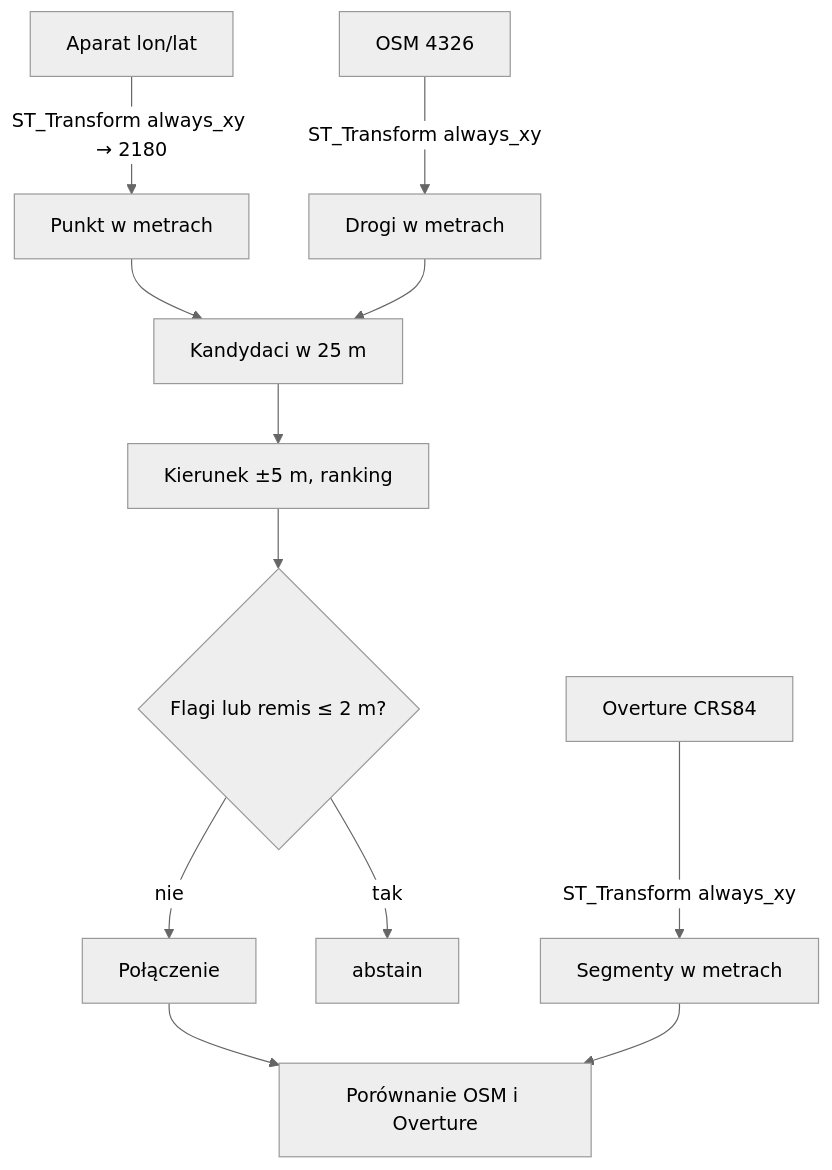
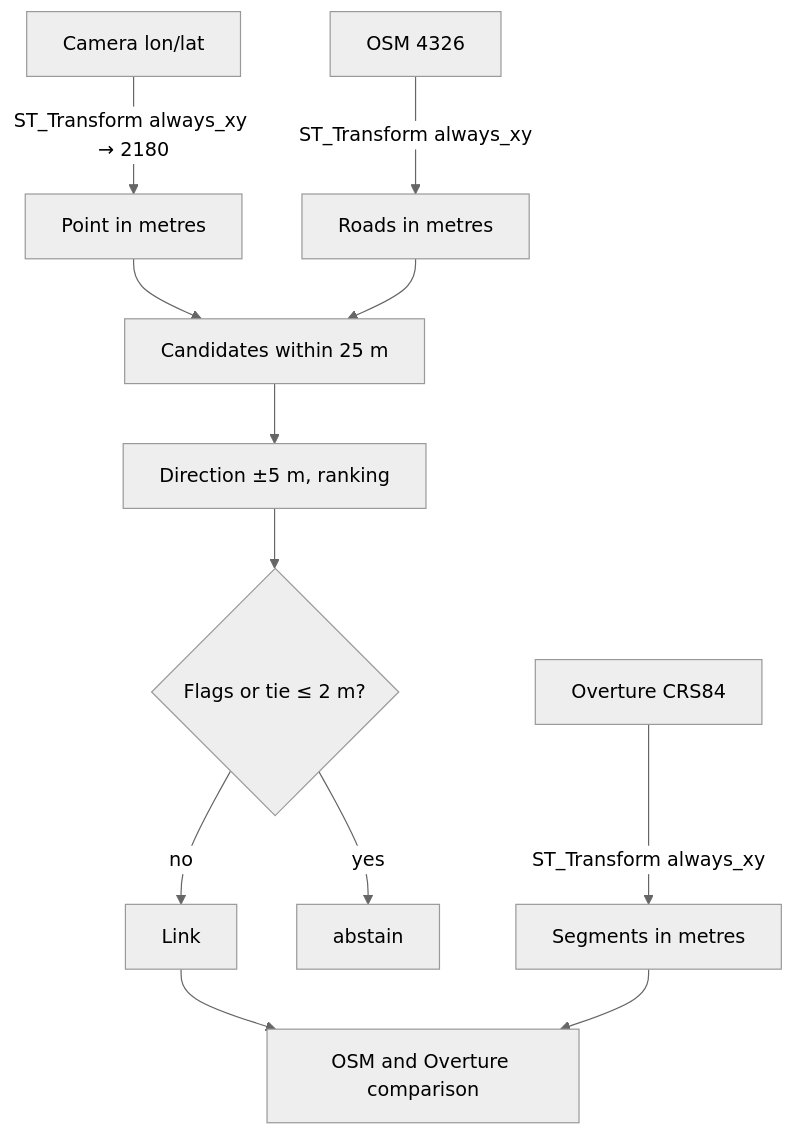
One commit to sosnowskaga/jsystems-claude-codex-gis-2026-11 changed the second of 2 diagrams in docs/ADR/003-spatial-and-speed-normalization.md. Above: the diagram before and after it, drawn with Mermaid (neutral theme). The commit also changed other lines of this file and 3 other files, not shown here.

````diff
--- a/docs/ADR/003-spatial-and-speed-normalization.md
+++ b/docs/ADR/003-spatial-and-speed-normalization.md
@@ -124,14 +124,14 @@
 ```mermaid
 flowchart TD
-    P[Aparat lon/lat] -->|ST_Transform always_xy → 2180| P2[Punkt w metrach]
-    R[OSM 4326] -->|ST_Transform always_xy| R2[Drogi w metrach]
-    O[Overture CRS84] -->|ST_Transform always_xy| O2[Segmenty w metrach]
-    P2 --> K[Kandydaci w 25 m]
+    P[Camera lon/lat] -->|ST_Transform always_xy → 2180| P2[Point in metres]
+    R[OSM 4326] -->|ST_Transform always_xy| R2[Roads in metres]
+    O[Overture CRS84] -->|ST_Transform always_xy| O2[Segments in metres]
+    P2 --> K[Candidates within 25 m]
     R2 --> K
-    K --> B[Kierunek ±5 m, ranking]
-    B --> F{Flagi lub remis ≤ 2 m?}
-    F -->|tak| AB2[abstain]
-    F -->|nie| L[Połączenie]
-    L --> CMP[Porównanie OSM i Overture]
+    K --> B[Direction ±5 m, ranking]
+    B --> F{Flags or tie ≤ 2 m?}
+    F -->|yes| AB2[abstain]
+    F -->|no| L[Link]
+    L --> CMP[OSM and Overture comparison]
     O2 --> CMP
 ```
````
